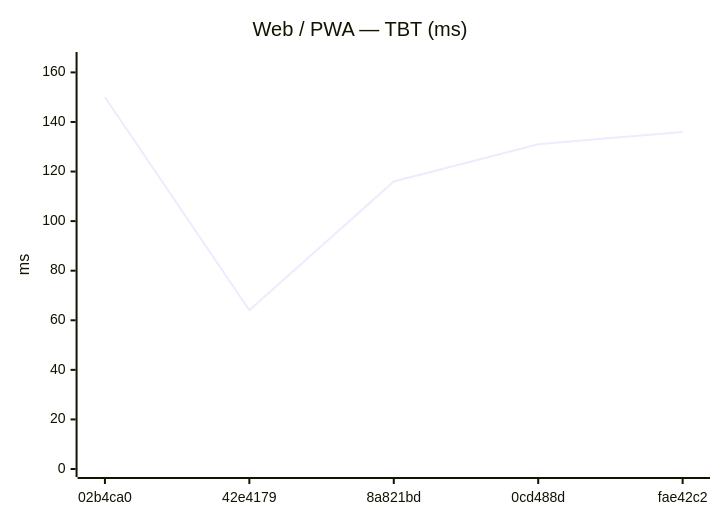
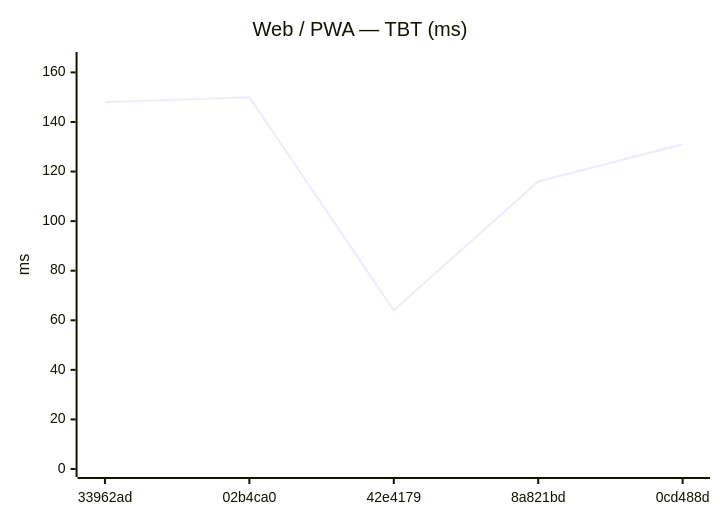
One commit to Metaheurist/Rianell changed the eighth of 18 diagrams in benchmarks/compare.md. Above: the diagram before and after it, drawn with Mermaid. The commit also changed other lines of this file and 11 other files, not shown here.

````diff
--- a/benchmarks/compare.md
+++ b/benchmarks/compare.md
@@ -124,7 +124,7 @@
 ```mermaid
 xychart-beta
     title "Web / PWA — TBT (ms)"
-    x-axis ["02b4ca0", "42e4179", "8a821bd", "0cd488d", "fae42c2"]
+    x-axis ["33962ad", "02b4ca0", "42e4179", "8a821bd", "0cd488d"]
     y-axis "ms" 0 --> 165
-    line [150, 64, 116, 131, 136]
+    line [148, 150, 64, 116, 131]
 ```
````
